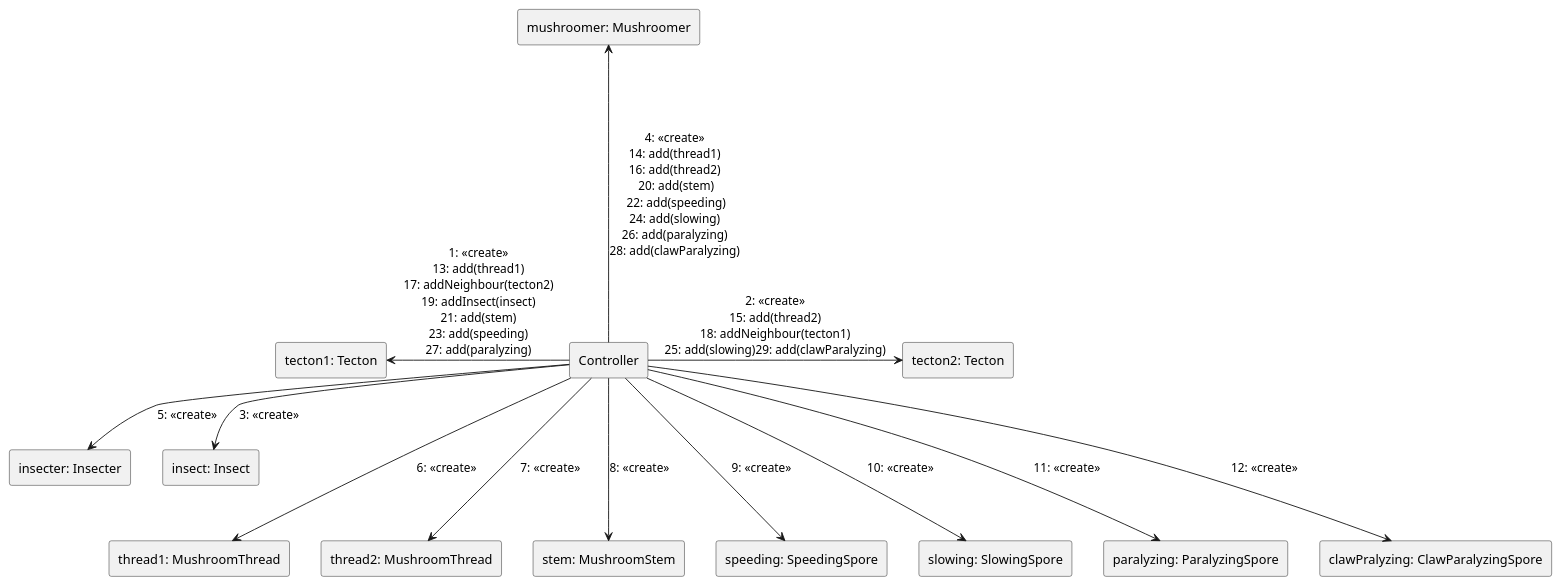
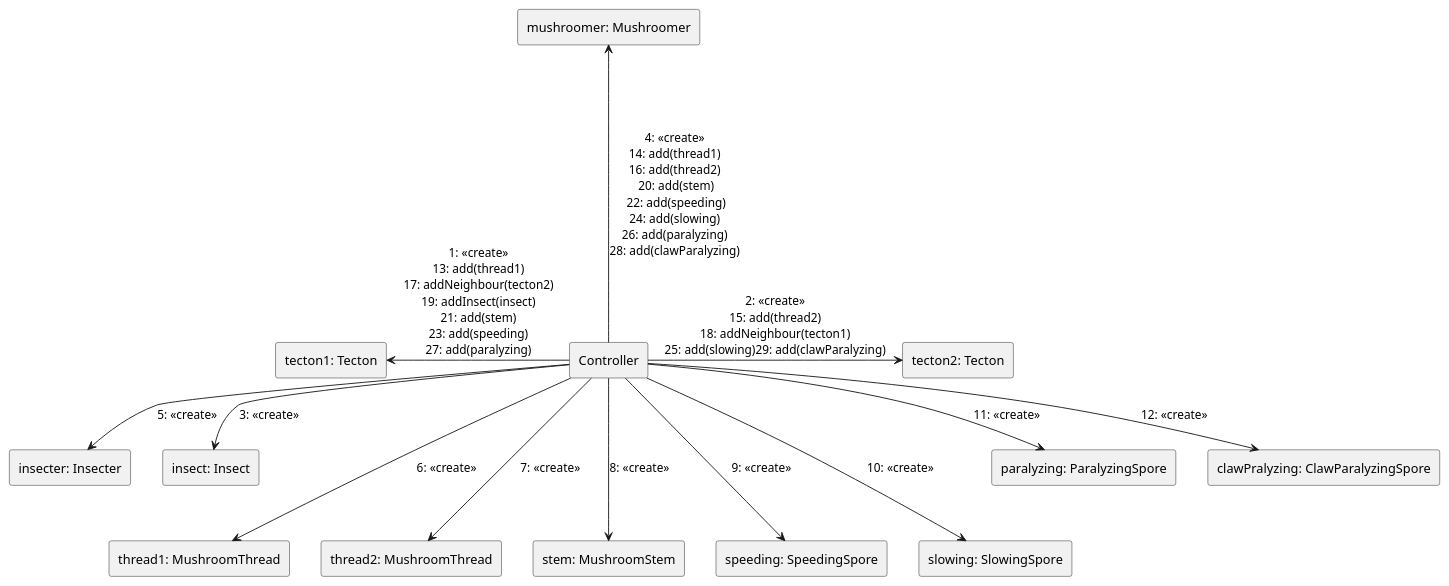
One commit to Petya-G/fungorium changed the diagram in 5/communication_diagrams/big_diagram.puml. Above: the diagram before and after it, drawn with PlantUML.

Commit message:
changed comm diagram 2

```diff
--- a/5/communication_diagrams/big_diagram.puml
+++ b/5/communication_diagrams/big_diagram.puml
@@ -1,46 +1,46 @@
 @startuml Communication diagram
 skinparam linestyle ortho
 
 rectangle "Controller" as 0
 
 'rectangle "map: Map" as 1
 
 rectangle "tecton1: Tecton" as 2.1
 rectangle "tecton2: Tecton" as 2.2
 
 rectangle "insecter: Insecter" as 3.1
 rectangle "mushroomer: Mushroomer" as 3.2
 
 rectangle "insect: Insect" as 4
 
 rectangle "thread1: MushroomThread" as 5
 rectangle "thread2: MushroomThread" as 5.1
 rectangle "stem: MushroomStem" as 6
 
 rectangle "speeding: SpeedingSpore" as 7.1
 rectangle "slowing: SlowingSpore" as 7.2
 rectangle "paralyzing: ParalyzingSpore" as 7.3
 rectangle "clawPralyzing: ClawParalyzingSpore" as 7.4
 
 'rectangle "Map" as 8
 
 '0 -left-> 1: 1: <<create>>\n8: addTecton(tecton1)\n9: addTecton(tecton2)
 0 --left--> 2.1: 1: <<create>>\n13: add(thread1)\n17: addNeighbour(tecton2)\n19: addInsect(insect)\n21: add(stem)\n23: add(speeding)\n27: add(paralyzing)
-0 -right-> 2.2: 2: <<create>>\n15: add(thread2)\n18: addNeighbour(tecton1)\n25: add(slowing)29: add(clawParalyzing)
+0 -right-> 2.2:  2: <<create>>\n15: add(thread2)\n18: addNeighbour(tecton1)\n25: add(slowing)29: add(clawParalyzing)
 
 0 -down-> 4: 3: <<create>>
 0 -down-> 3.1: 5: <<create>>
 
 0 --up--> 3.2: 4: <<create>>\n14: add(thread1)\n16: add(thread2)\n 20: add(stem)\n 22: add(speeding)\n24: add(slowing)\n26: add(paralyzing)\n28: add(clawParalyzing)
 
 0 ---> 5: 6: <<create>>
 0 ---> 5.1: 7: <<create>>
 0 ---> 6: 8: <<create>>
 
 0 ---> 7.1: 9: <<create>>
 0 ---> 7.2: 10: <<create>>
-0 ---> 7.3: 11: <<create>>
-0 ---> 7.4: 12: <<create>>
+0 --> 7.3: 11: <<create>>
+0 --> 7.4: 12: <<create>>
 
 
 @enduml
```
